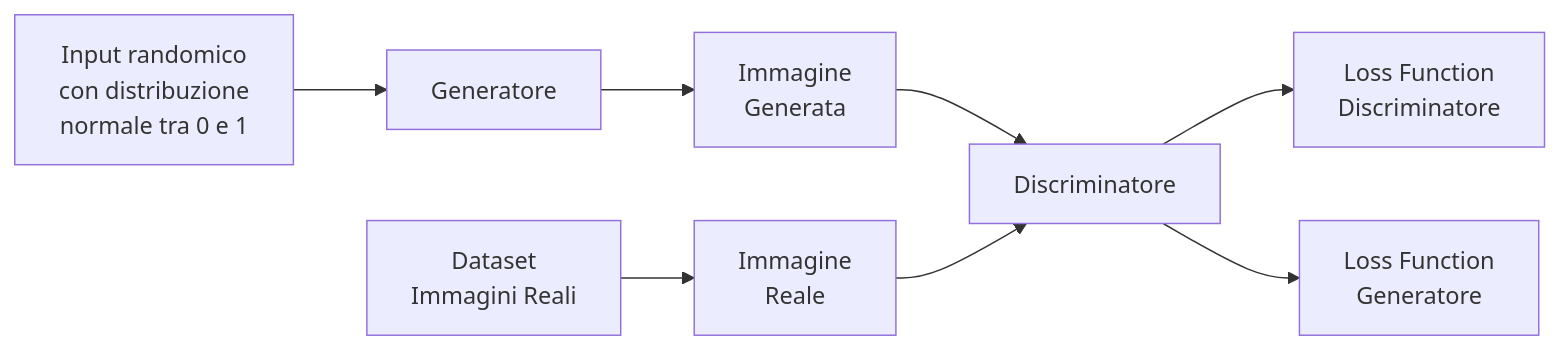
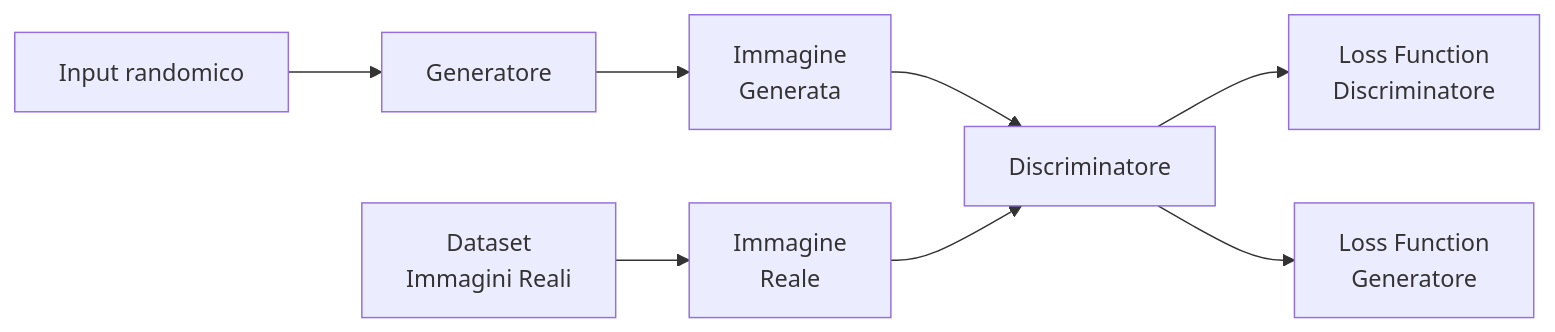
One commit to MassimilianoT/GAN-StudyOfArchitectures changed the first of 3 diagrams in README.md. Above: the diagram before and after it, drawn with Mermaid. The commit also changed other lines of this file, not shown here.

````diff
--- a/README.md
+++ b/README.md
@@ -89,19 +89,19 @@
 ```mermaid
 graph LR
-A[Input randomico <br> con distribuzione <br> normale tra 0 e 1]
+A[Input randomico]
 B[Generatore]
 C[Immagine<br>Generata] 
 D[Dataset<br>Immagini Reali]
 E[Immagine<br>Reale]
 F[Discriminatore]
 G[Loss Function<br>Discriminatore]
 H[Loss Function<br>Generatore]
 
 A --> B
 B --> C
 D --> E
 C --> F
 E --> F
 F --> G
 F --> H 
 ```
````
